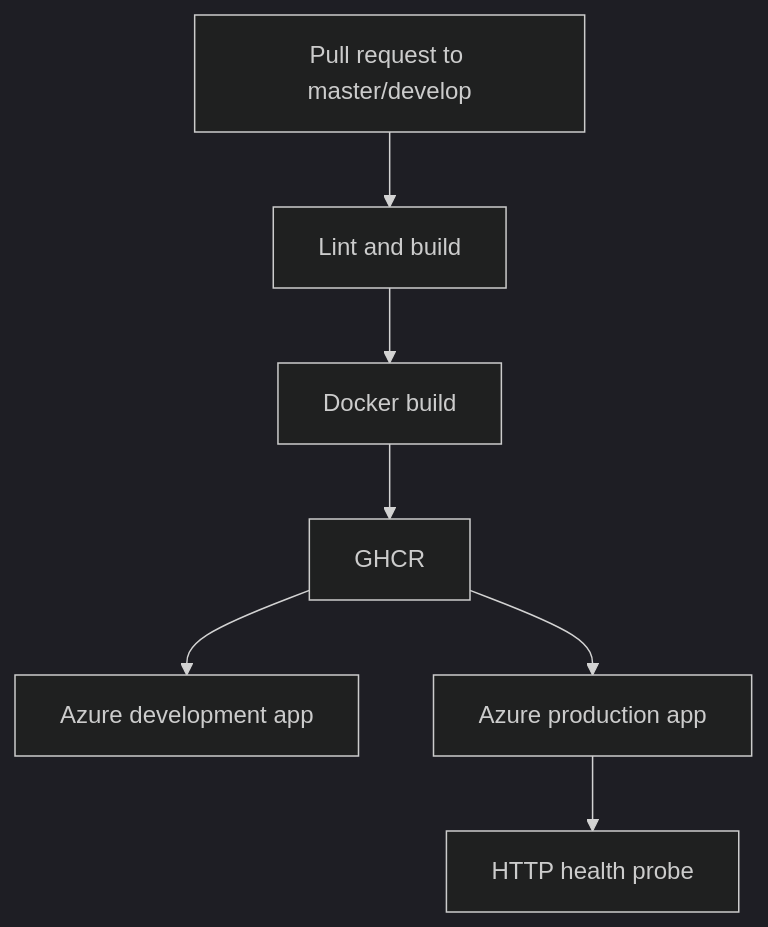
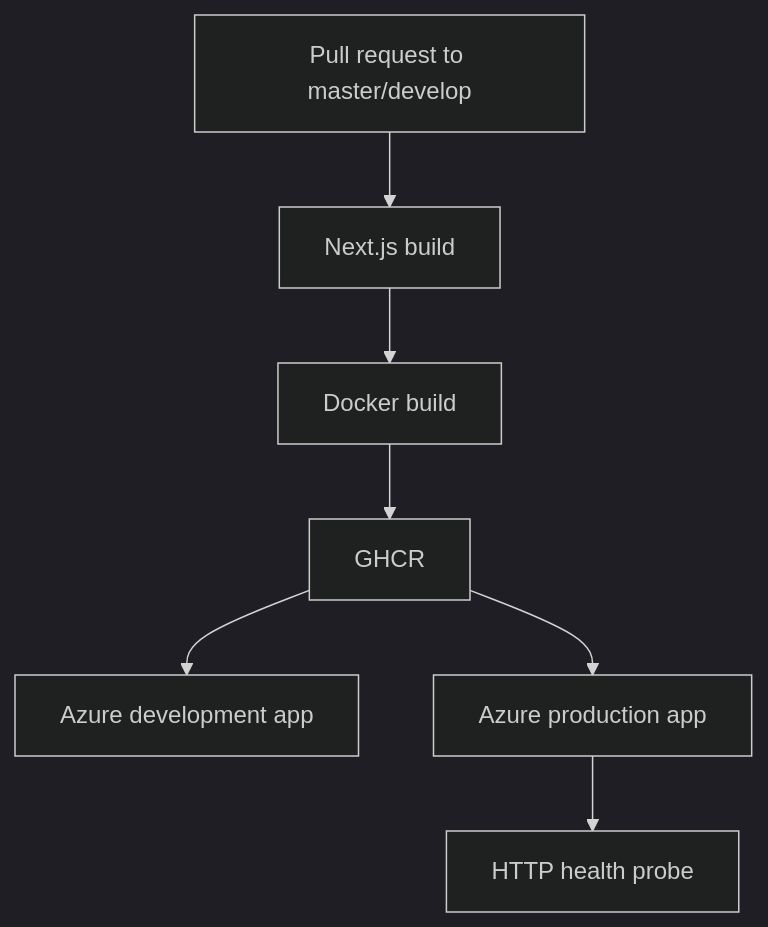
One commit to mvulcu/devops-portfolio-docs changed the diagram in docs/kulturHub/cicd.md. Above: the diagram before and after it, drawn with Mermaid (dark theme). The commit also changed other lines of this file, not shown here.

````diff
--- a/docs/kulturHub/cicd.md
+++ b/docs/kulturHub/cicd.md
@@ -15,9 +15,9 @@
 ```mermaid
 flowchart TB
-    PR["Pull request to master/develop"] --> CHECK["Lint and build"]
+    PR["Pull request to master/develop"] --> CHECK["Next.js build"]
     CHECK --> IMAGE["Docker build"]
     IMAGE --> GHCR["GHCR"]
     GHCR --> DEV["Azure development app"]
     GHCR --> PROD["Azure production app"]
     PROD --> HEALTH["HTTP health probe"]
 ```
````
